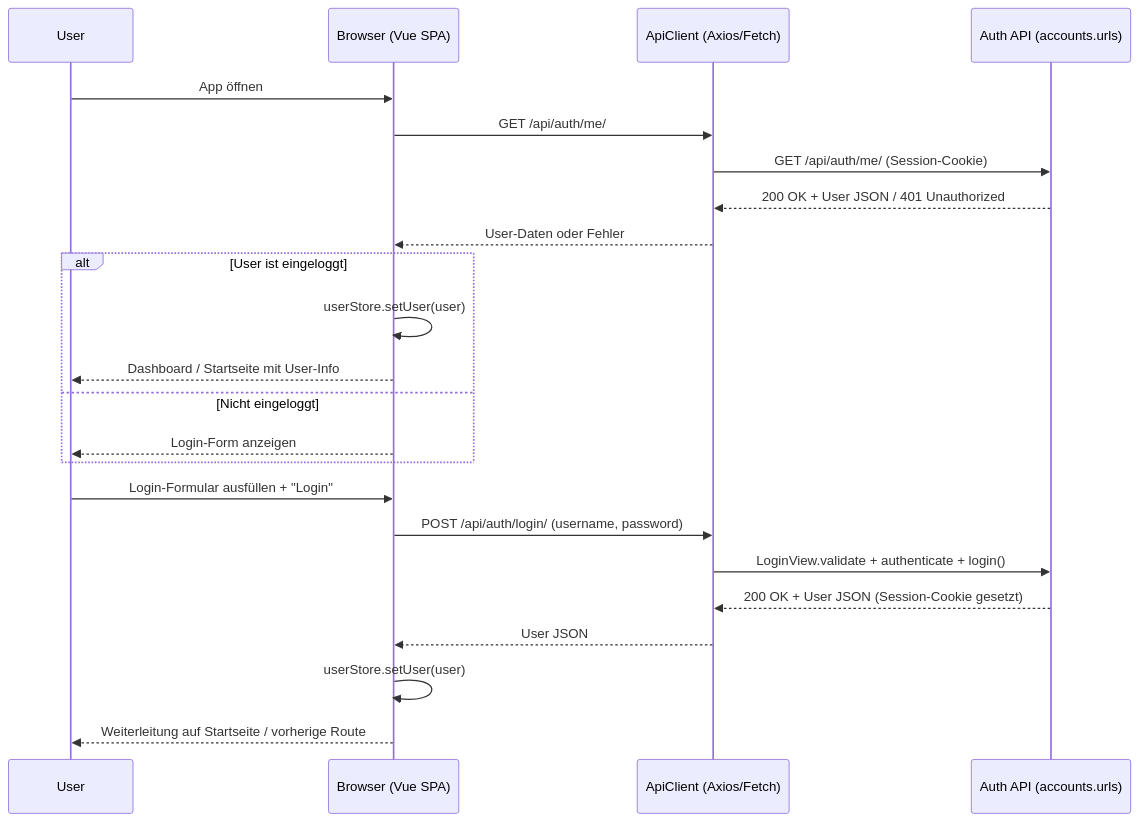
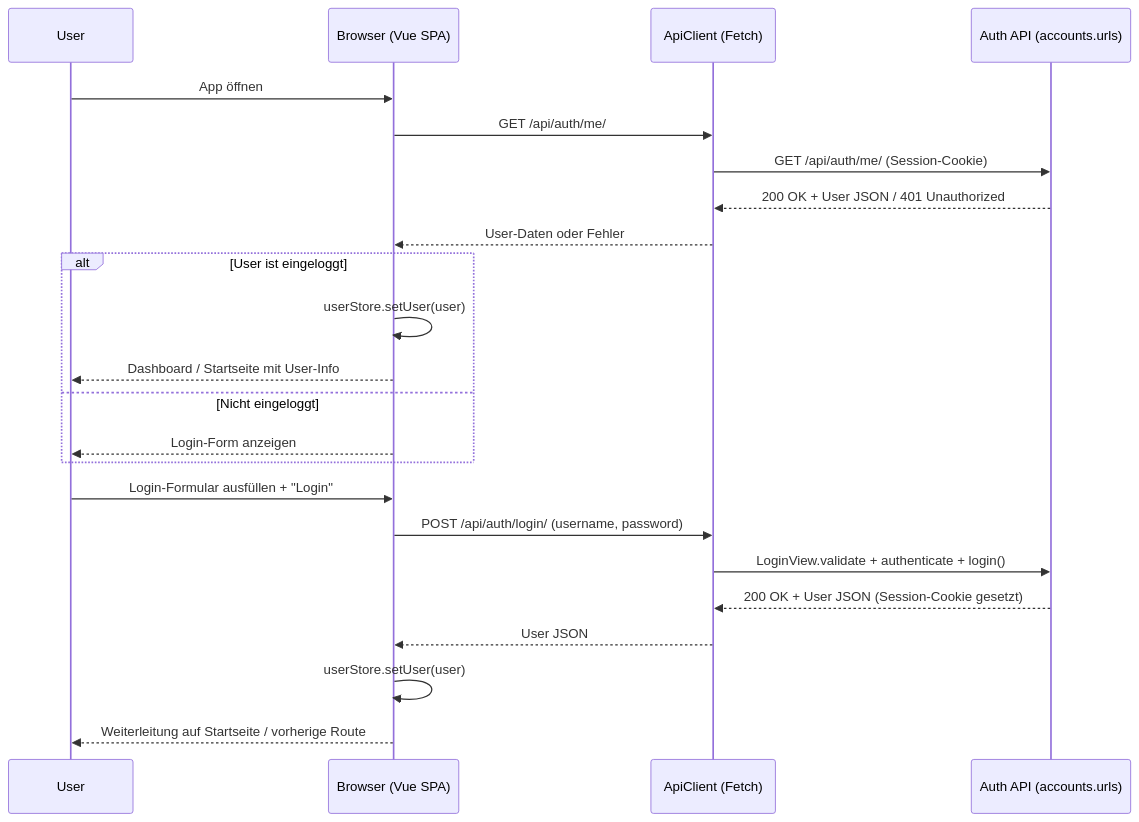
One commit to Gorg-tech/StudIQ changed the second of 4 diagrams in docs/architecture/SequenzDiagramme.md. Above: the diagram before and after it, drawn with Mermaid. The commit also changed other lines of this file, not shown here.

```diff
--- a/docs/architecture/SequenzDiagramme.md
+++ b/docs/architecture/SequenzDiagramme.md
@@ -49,29 +49,29 @@
 :::Mermaid
 sequenceDiagram
     participant U as User
     participant FE as Browser (Vue SPA)
-    participant API as ApiClient (Axios/Fetch)
+    participant API as ApiClient (Fetch)
     participant AUTH as Auth API (accounts.urls)
     
     %% Initialer App-Start: Prüfen, ob eingeloggt
     U->>FE: App öffnen
     FE->>API: GET /api/auth/me/
     API->>AUTH: GET /api/auth/me/ (Session-Cookie)
     AUTH-->>API: 200 OK + User JSON / 401 Unauthorized
     API-->>FE: User-Daten oder Fehler
     alt User ist eingeloggt
         FE->>FE: userStore.setUser(user)
         FE-->>U: Dashboard / Startseite mit User-Info
     else Nicht eingeloggt
         FE-->>U: Login-Form anzeigen
     end
 
     %% Login
     U->>FE: Login-Formular ausfüllen + "Login"
     FE->>API: POST /api/auth/login/ (username, password)
     API->>AUTH: LoginView.validate + authenticate + login()
     AUTH-->>API: 200 OK + User JSON (Session-Cookie gesetzt)
     API-->>FE: User JSON
     FE->>FE: userStore.setUser(user)
     FE-->>U: Weiterleitung auf Startseite / vorherige Route
 :::
```
